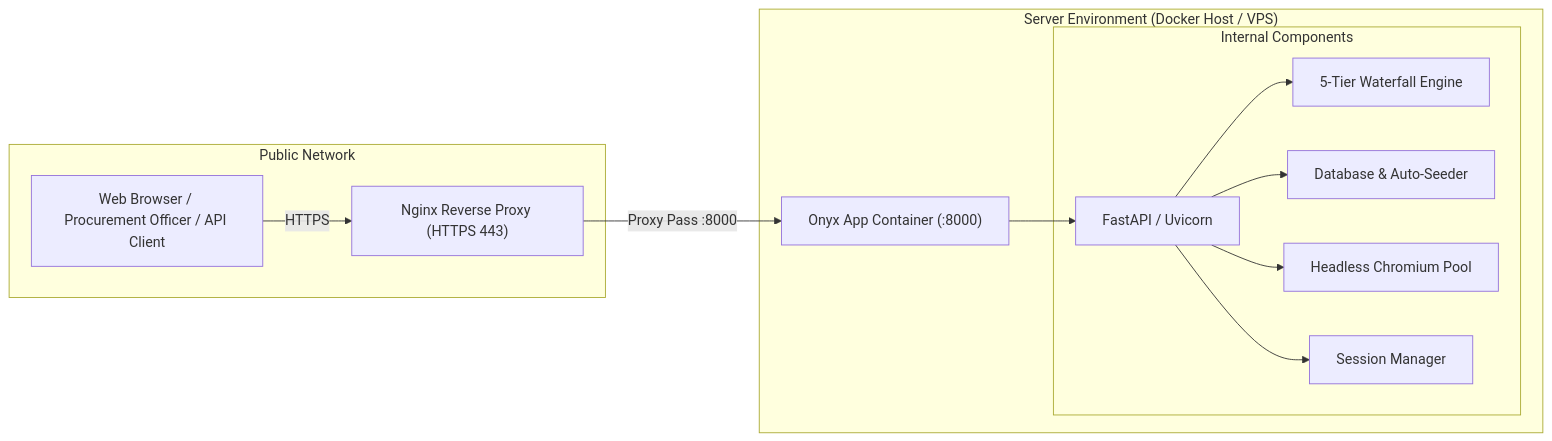
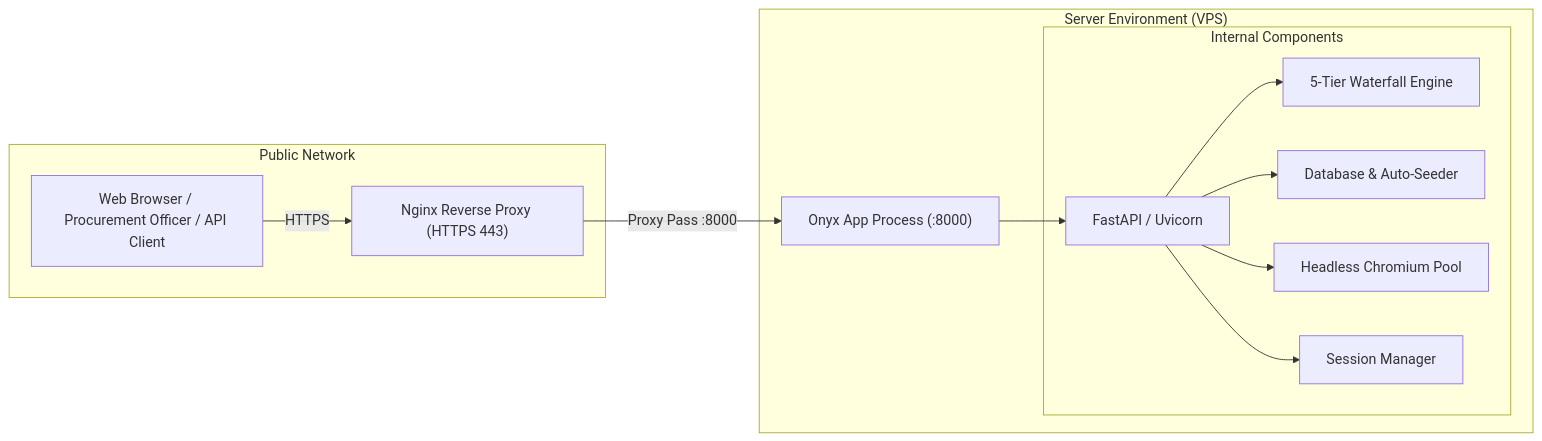
One commit to Tejas3479/onyx changed the diagram in docs/SELF_HOSTING.md. Above: the diagram before and after it, drawn with Mermaid. The commit also changed other lines of this file and 10 other files, not shown here.

````diff
--- a/docs/SELF_HOSTING.md
+++ b/docs/SELF_HOSTING.md
@@ -9,27 +9,27 @@
 ```mermaid
 flowchart LR
     subgraph Public["Public Network"]
         CLIENT["Web Browser / Procurement Officer / API Client"]
         NGINX["Nginx Reverse Proxy (HTTPS 443)"]
     end
 
-    subgraph Host["Server Environment (Docker Host / VPS)"]
-        CONTAINER["Onyx App Container (:8000)"]
+    subgraph Host["Server Environment (VPS)"]
+        CONTAINER["Onyx App Process (:8000)"]
         
         subgraph Inside["Internal Components"]
             FASTAPI["FastAPI / Uvicorn"]
             WATERFALL["5-Tier Waterfall Engine"]
             SEEDER["Database & Auto-Seeder"]
             PW["Headless Chromium Pool"]
             SESSIONS["Session Manager"]
         end
     end
 
     CLIENT -->|HTTPS| NGINX
     NGINX -->|Proxy Pass :8000| CONTAINER
     CONTAINER --> FASTAPI
     FASTAPI --> WATERFALL
     FASTAPI --> SEEDER
     FASTAPI --> PW
     FASTAPI --> SESSIONS
 ```
````
